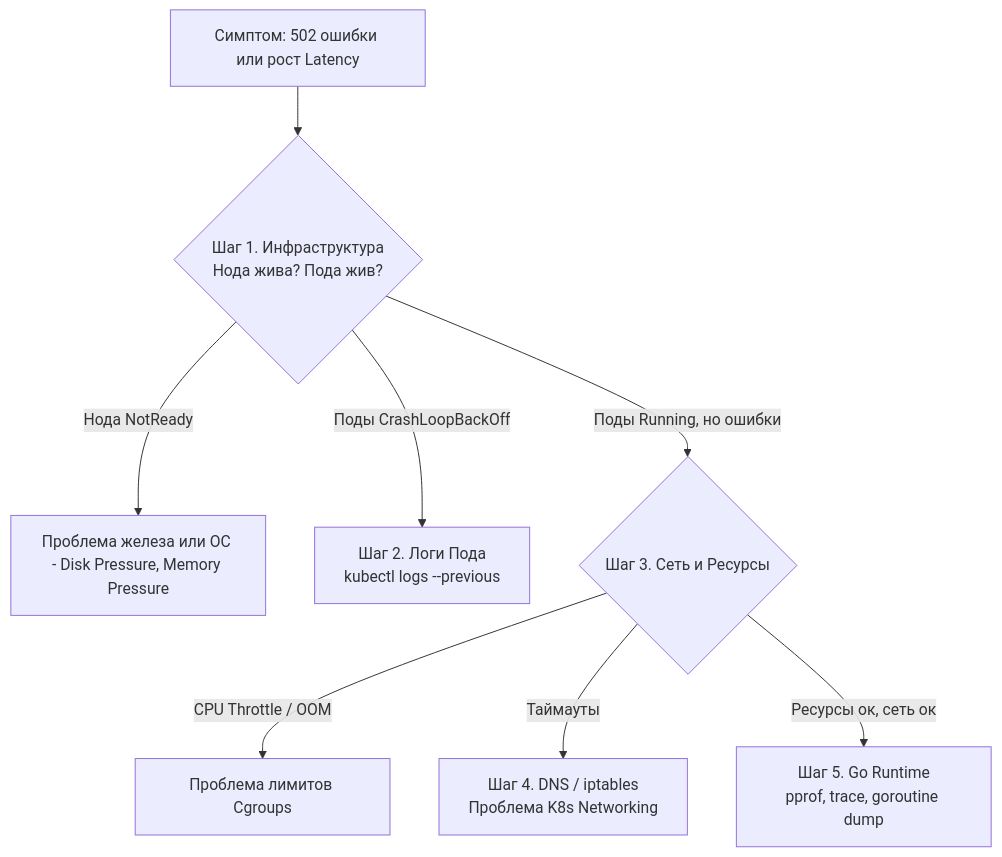
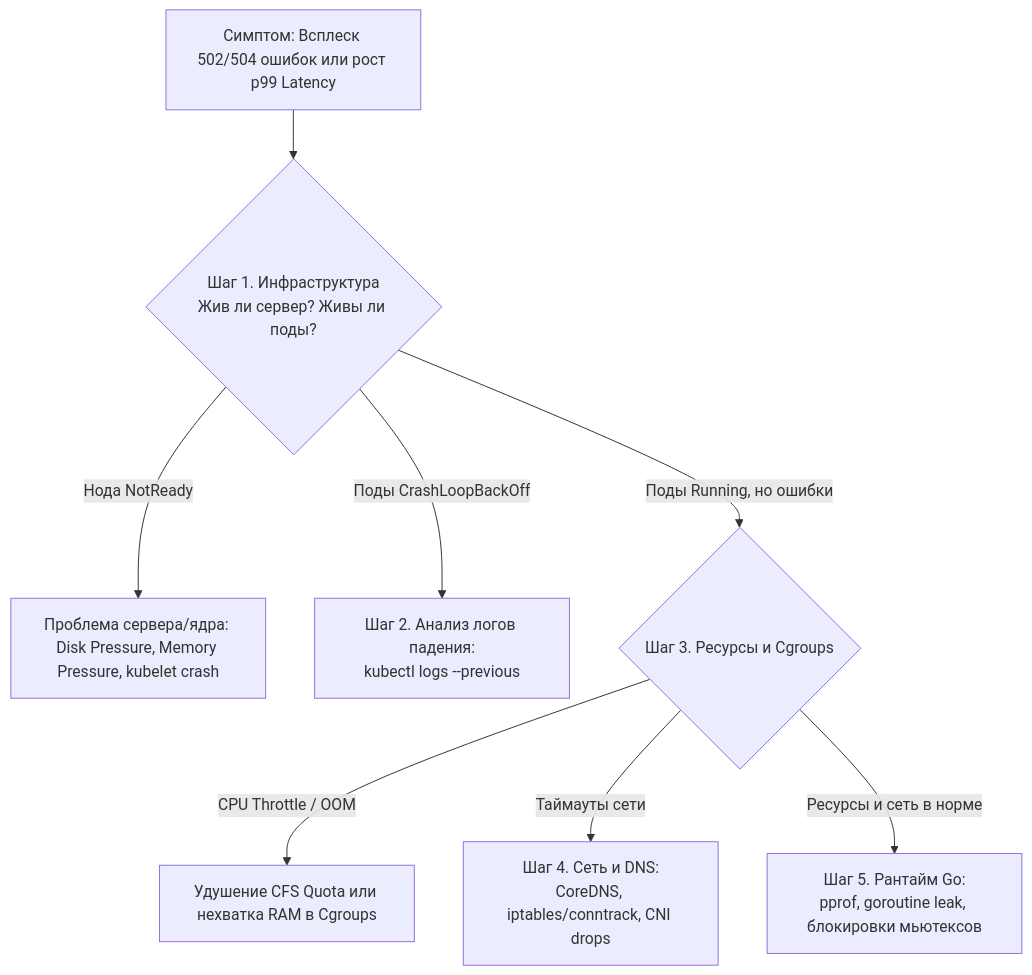
The first of 3 diagrams in sources/19. Инфраструктура. Linux, nginx, Docker, Kubernetes/05. Практика/6. Troubleshooting продакшена.md (UnrealTemplier/go-textbook), drawn with Mermaid before and after one commit. The commit also changed other lines of this file, not shown here.

````diff
--- a/sources/19. Инфраструктура. Linux, nginx, Docker, Kubernetes/05. Практика/6. Troubleshooting продакшена.md
+++ b/sources/19. Инфраструктура. Linux, nginx, Docker, Kubernetes/05. Практика/6. Troubleshooting продакшена.md
@@ -10,10 +17,12 @@
 ```mermaid
 flowchart TD
-    A["Симптом: 502 ошибки или рост Latency"] --> B{"Шаг 1. Инфраструктура<br>Нода жива? Пода жив?"}
-    B -->|"Нода NotReady"| C["Проблема железа или ОС - Disk Pressure, Memory Pressure"]
-    B -->|"Поды CrashLoopBackOff"| D["Шаг 2. Логи Пода<br>kubectl logs --previous"]
-    B -->|"Поды Running, но ошибки"| E{"Шаг 3. Сеть и Ресурсы"}
-    E -->|"CPU Throttle / OOM"| F["Проблема лимитов Cgroups"]
-    E -->|"Таймауты"| G["Шаг 4. DNS / iptables<br>Проблема K8s Networking"]
-    E -->|"Ресурсы ок, сеть ок"| H["Шаг 5. Go Runtime<br>pprof, trace, goroutine dump"]
+    Symptom["Симптом: Всплеск 502/504 ошибок или рост p99 Latency"] --> Step1{"Шаг 1. Инфраструктура<br>Жив ли сервер? Живы ли поды?"}
+    
+    Step1 -->|"Нода NotReady"| NodeFail["Проблема сервера/ядра: Disk Pressure, Memory Pressure, kubelet crash"]
+    Step1 -->|"Поды CrashLoopBackOff"| PodCrash["Шаг 2. Анализ логов падения:<br>kubectl logs --previous"]
+    Step1 -->|"Поды Running, но ошибки"| Step3{"Шаг 3. Ресурсы и Cgroups"}
+    
+    Step3 -->|"CPU Throttle / OOM"| ResourceIssue["Удушение CFS Quota или нехватка RAM в Cgroups"]
+    Step3 -->|"Таймауты сети"| Step4["Шаг 4. Сеть и DNS:<br>CoreDNS, iptables/conntrack, CNI drops"]
+    Step3 -->|"Ресурсы и сеть в норме"| Step5["Шаг 5. Рантайм Go:<br>pprof, goroutine leak, блокировки мьютексов"]
 ```
````
